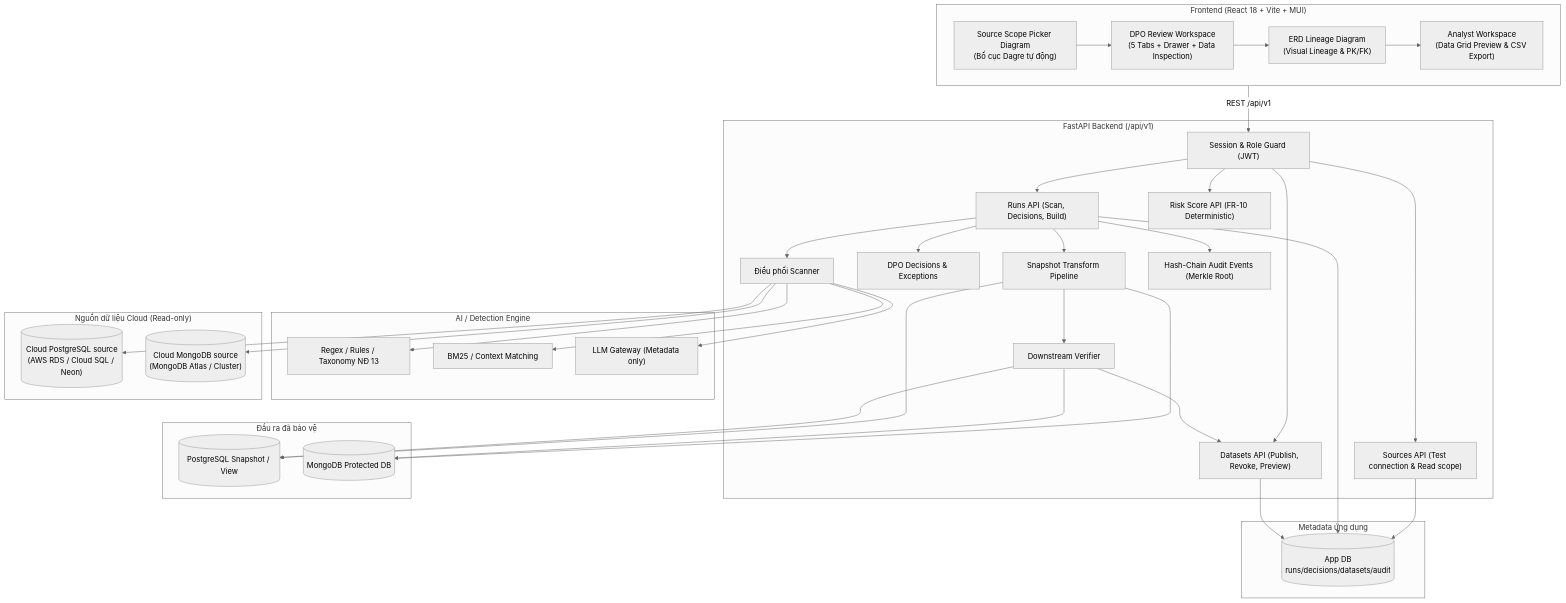
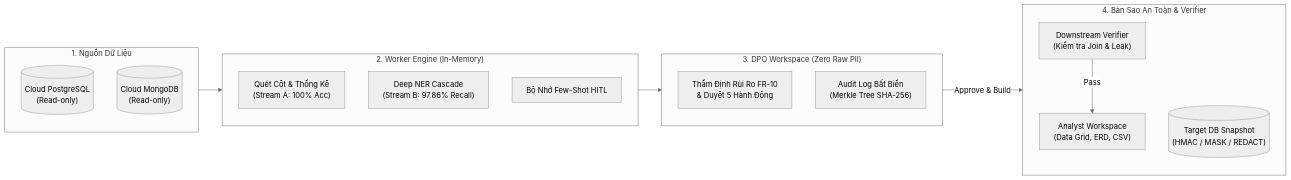
Before and after one commit to tlong1610/PII_Masking: the diagram in ARCHITECTURE.md, drawn with Mermaid (neutral theme). The commit also changed other lines of this file and 13 other files, not shown here.

````diff
--- a/ARCHITECTURE.md
+++ b/ARCHITECTURE.md
@@ -25,69 +16,29 @@
 ```mermaid
-flowchart TB
-    subgraph Client["Frontend (React 18 + Vite + MUI)"]
-        SCOPE_PICKER["Source Scope Picker Diagram<br/>(Bố cục Dagre tự động)"]
-        DPO_UI["DPO Review Workspace<br/>(5 Tabs + Drawer + Data Inspection)"]
-        ERD_UI["ERD Lineage Diagram<br/>(Visual Lineage & PK/FK)"]
-        ANA_UI["Analyst Workspace<br/>(Data Grid Preview & CSV Export)"]
-        SCOPE_PICKER --> DPO_UI
-        DPO_UI --> ERD_UI
-        ERD_UI --> ANA_UI
+flowchart LR
+    subgraph Source["1. Nguồn Dữ Liệu"]
+        PG[("Cloud PostgreSQL<br/>(Read-only)")]
+        MG[("Cloud MongoDB<br/>(Read-only)")]
     end
 
-    subgraph API["FastAPI Backend (/api/v1)"]
-        AUTH["Session & Role Guard (JWT)"]
-        SOURCES["Sources API (Test connection & Read scope)"]
-        RUNS["Runs API (Scan, Decisions, Build)"]
-        DATASETS["Datasets API (Publish, Revoke, Preview)"]
-        RISK["Risk Score API (FR-10 Deterministic)"]
-        SCANNER["Điều phối Scanner"]
-        POLICY["DPO Decisions & Exceptions"]
-        TRANSFORM["Snapshot Transform Pipeline"]
-        VERIFY["Downstream Verifier"]
-        AUDIT["Hash-Chain Audit Events (Merkle Root)"]
+    subgraph Engine["2. Worker Engine (In-Memory)"]
+        SCAN["Quét Cột & Thống Kê<br/>(Stream A: 100% Acc)"]
+        NER["Deep NER Cascade<br/>(Stream B: 97.86% Recall)"]
+        HITL["Bộ Nhớ Few-Shot HITL"]
     end
 
-    subgraph Internal["AI / Detection Engine"]
-        RULES["Regex / Rules / Taxonomy NĐ 13"]
-        RETRIEVAL["BM25 / Context Matching"]
-        LLM["LLM Gateway (Metadata only)"]
+    subgraph Governance["3. DPO Workspace (Zero Raw PII)"]
+        REVIEW["Thẩm Định Rủi Ro FR-10<br/>& Duyệt 5 Hành Động"]
+        MERKLE["Audit Log Bất Biến<br/>(Merkle Tree SHA-256)"]
     end
 
-    subgraph AppState["Metadata ứng dụng"]
-        APPDB[("App DB<br/>runs/decisions/datasets/audit")]
+    subgraph Target["4. Bản Sao An Toàn & Verifier"]
+        VERIFY["Downstream Verifier<br/>(Kiểm tra Join & Leak)"]
+        SNAPSHOT[("Target DB Snapshot<br/>(HMAC / MASK / REDACT)")]
+        ANALYST["Analyst Workspace<br/>(Data Grid, ERD, CSV)"]
     end
 
-    subgraph CloudSources["Nguồn dữ liệu Cloud (Read-only)"]
-        PG_SRC[("Cloud PostgreSQL source<br/>(AWS RDS / Cloud SQL / Neon)")]
-        MG_SRC[("Cloud MongoDB source<br/>(MongoDB Atlas / Cluster)")]
-    end
-
-    subgraph Outputs["Đầu ra đã bảo vệ"]
-        PG_OUT[("PostgreSQL Snapshot / View")]
-        MG_OUT[("MongoDB Protected DB")]
-    end
-
-    Client -->|REST /api/v1| AUTH
-    AUTH --> SOURCES
-    AUTH --> RUNS
-    AUTH --> DATASETS
-    AUTH --> RISK
-    RUNS --> SCANNER
-    SCANNER --> RULES
-    SCANNER --> RETRIEVAL
-    SCANNER --> LLM
-    RUNS --> POLICY
-    RUNS --> TRANSFORM
-    TRANSFORM --> VERIFY
-    VERIFY --> DATASETS
-    RUNS --> AUDIT
-    SOURCES --> APPDB
-    RUNS --> APPDB
-    DATASETS --> APPDB
-    SCANNER --> PG_SRC
-    SCANNER --> MG_SRC
-    TRANSFORM --> PG_OUT
-    TRANSFORM --> MG_OUT
-    VERIFY --> PG_OUT
-    VERIFY --> MG_OUT
+    Source --> Engine
+    Engine --> Governance
+    Governance -->|Approve & Build| Target
+    VERIFY -->|Pass| ANALYST
 ```
````
